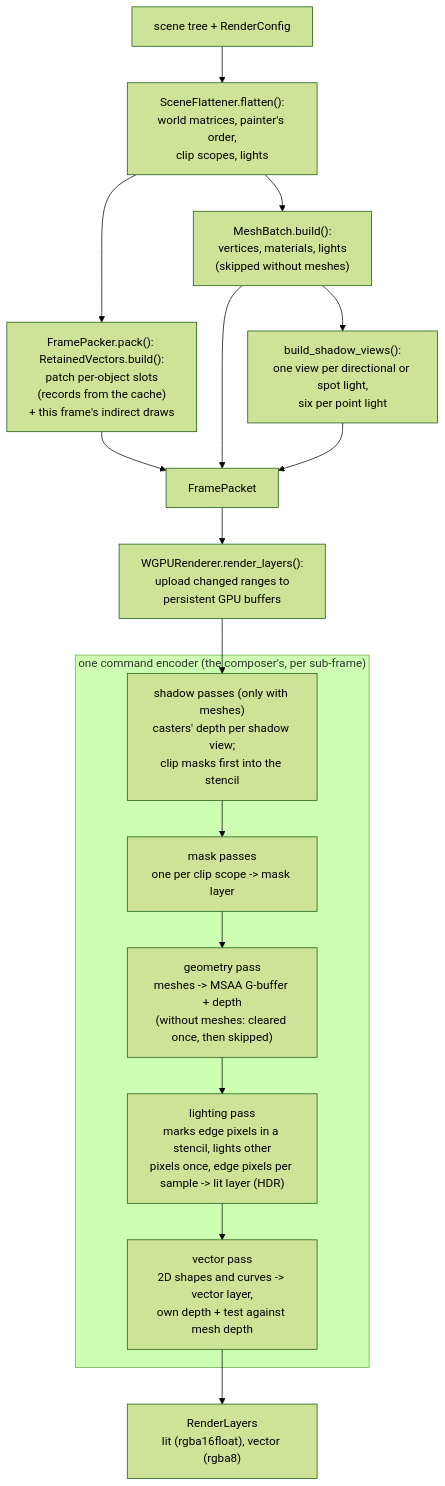
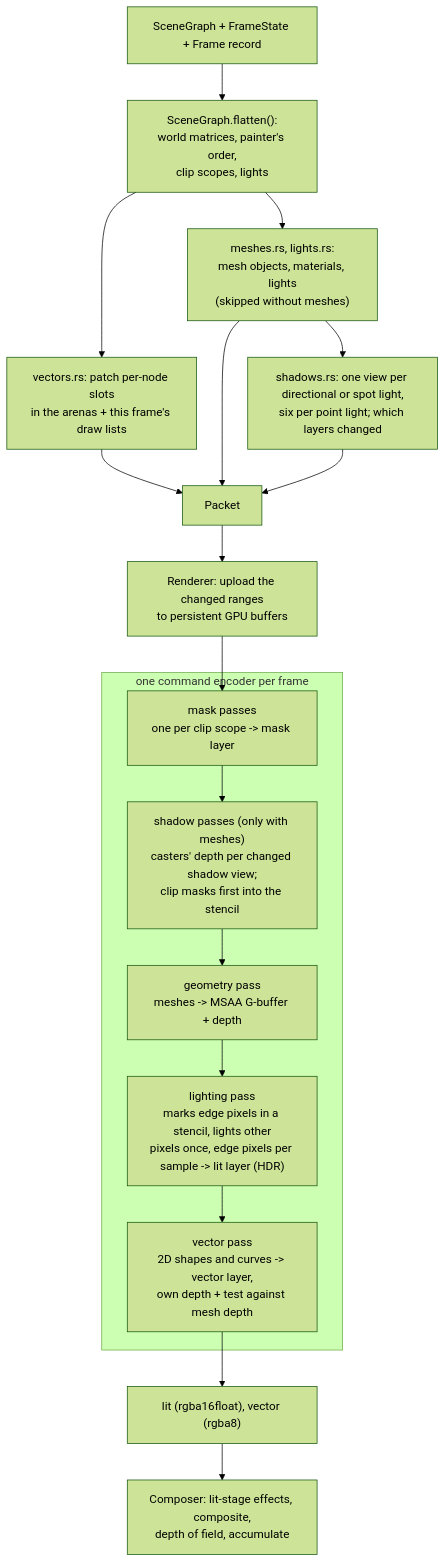
The second of 5 diagrams in manimx/manimx/renderer/README.md (MrDiver/manim), drawn with Mermaid (forest theme) before and after one commit. The commit also changed other lines of this file and 200 other files, not shown here.

````diff
--- a/manimx/manimx/renderer/README.md
+++ b/manimx/manimx/renderer/README.md
@@ -349,20 +287,21 @@
 ```mermaid
 flowchart TD
-    A["scene tree + RenderConfig"] --> B["SceneFlattener.flatten():<br/>world matrices, painter's order,<br/>clip scopes, lights"]
-    B --> C["FramePacker.pack(): RetainedVectors.build():<br/>patch per-object slots<br/>(records from the cache)<br/>+ this frame's indirect draws"]
-    B --> D["MeshBatch.build():<br/>vertices, materials, lights<br/>(skipped without meshes)"]
-    D --> E["build_shadow_views():<br/>one view per directional or spot light,<br/>six per point light"]
-    C & D & E --> K["FramePacket"]
-    K --> F["WGPURenderer.render_layers():<br/>upload changed ranges to<br/>persistent GPU buffers"]
+    A["SceneGraph + FrameState + Frame record"] --> B["SceneGraph.flatten():<br/>world matrices, painter's order,<br/>clip scopes, lights"]
+    B --> C["vectors.rs: patch per-node slots<br/>in the arenas + this frame's draw lists"]
+    B --> D["meshes.rs, lights.rs:<br/>mesh objects, materials, lights<br/>(skipped without meshes)"]
+    D --> E["shadows.rs: one view per directional or spot light,<br/>six per point light; which layers changed"]
+    C & D & E --> K["Packet"]
+    K --> F["Renderer: upload the changed ranges<br/>to persistent GPU buffers"]
     F --> P1
 
-    subgraph GPU["one command encoder (the composer's, per sub-frame)"]
-        P1["shadow passes (only with meshes)<br/>casters' depth per shadow view;<br/>clip masks first into the stencil"] --> P2
-        P2["mask passes<br/>one per clip scope -> mask layer"] --> P3
-        P3["geometry pass<br/>meshes -> MSAA G-buffer + depth<br/>(without meshes: cleared once, then skipped)"] --> P4
+    subgraph GPU["one command encoder per frame"]
+        P1["mask passes<br/>one per clip scope -> mask layer"] --> P2
+        P2["shadow passes (only with meshes)<br/>casters' depth per changed shadow view;<br/>clip masks first into the stencil"] --> P3
+        P3["geometry pass<br/>meshes -> MSAA G-buffer + depth"] --> P4
         P4["lighting pass<br/>marks edge pixels in a stencil, lights other<br/>pixels once, edge pixels per sample -> lit layer (HDR)"] --> P5
         P5["vector pass<br/>2D shapes and curves -> vector layer,<br/>own depth + test against mesh depth"]
     end
 
-    P5 --> L["RenderLayers<br/>lit (rgba16float), vector (rgba8)"]
+    P5 --> L["lit (rgba16float), vector (rgba8)"]
+    L --> Comp["Composer: lit-stage effects, composite,<br/>depth of field, accumulate"]
 ```
````
